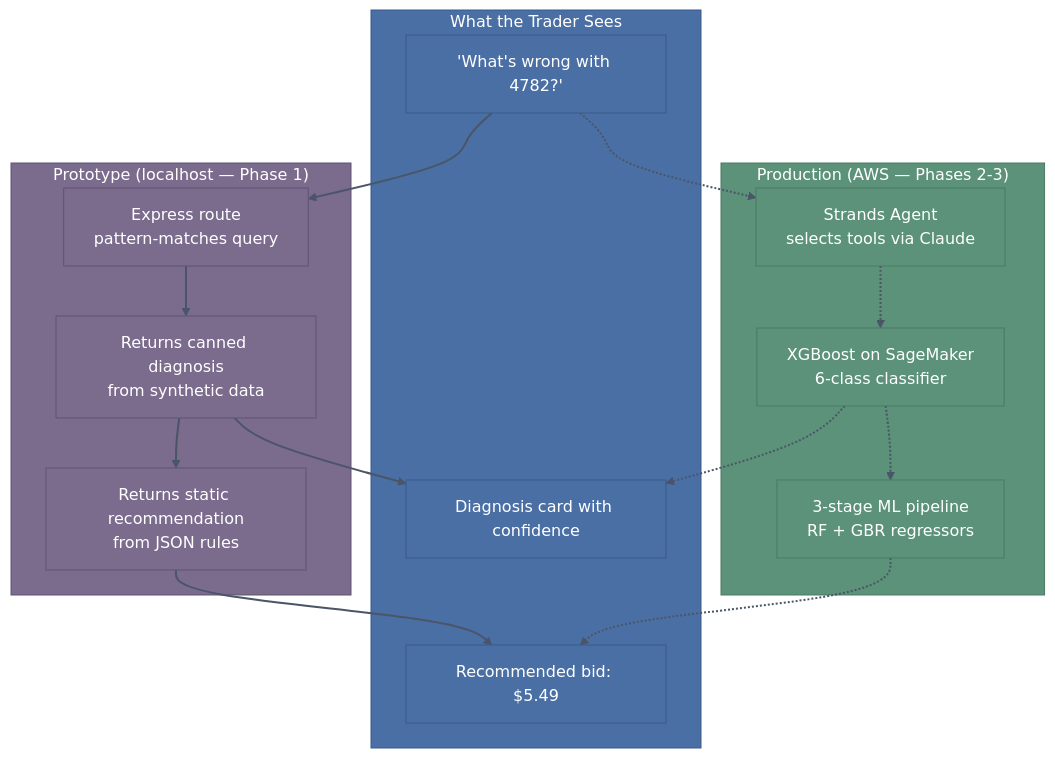
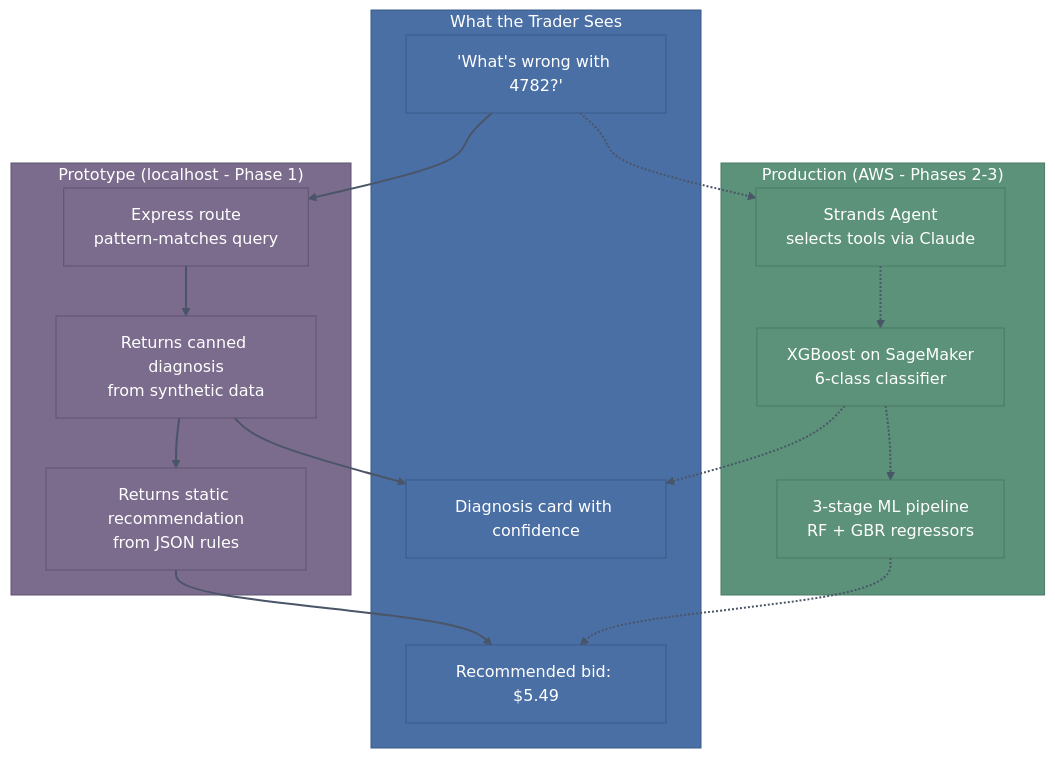
The fourth of 7 diagrams in README.md (aws-samples/sample-agentic-campaign-mgmt), drawn with Mermaid before and after one commit. The commit also changed other lines of this file, not shown here.

````diff
--- a/README.md
+++ b/README.md
@@ -286,43 +330,43 @@
 ```mermaid
 flowchart TD
     subgraph USER["What the Trader Sees"]
         Q1["'What's wrong with 4782?'"]
         Q2["Diagnosis card with confidence"]
         Q3["Recommended bid: $5.49"]
     end
 
-    subgraph PROTO["Prototype (localhost — Phase 1)"]
+    subgraph PROTO["Prototype (localhost - Phase 1)"]
         E1["Express route\npattern-matches query"]
         E2["Returns canned diagnosis\nfrom synthetic data"]
         E3["Returns static recommendation\nfrom JSON rules"]
     end
 
-    subgraph REAL["Production (AWS — Phases 2-3)"]
+    subgraph REAL["Production (AWS - Phases 2-3)"]
         R1["Strands Agent\nselects tools via Claude"]
         R2["XGBoost on SageMaker\n6-class classifier"]
         R3["3-stage ML pipeline\nRF + GBR regressors"]
     end
 
     Q1 --> E1
     E1 --> E2 --> Q2
     E2 --> E3 --> Q3
 
     Q1 -.-> R1
     R1 -.-> R2 -.-> Q2
     R2 -.-> R3 -.-> Q3
 
     style USER fill:#4A6FA5,stroke:#3A5A8A,color:#fff
     style PROTO fill:#7B6B8D,stroke:#5F5570,color:#fff
     style REAL fill:#5B9279,stroke:#4A7A64,color:#fff
     style Q1 fill:#4A6FA5,stroke:#3A5A8A,color:#fff
     style Q2 fill:#4A6FA5,stroke:#3A5A8A,color:#fff
     style Q3 fill:#4A6FA5,stroke:#3A5A8A,color:#fff
     style E1 fill:#7B6B8D,stroke:#5F5570,color:#fff
     style E2 fill:#7B6B8D,stroke:#5F5570,color:#fff
     style E3 fill:#7B6B8D,stroke:#5F5570,color:#fff
     style R1 fill:#5B9279,stroke:#4A7A64,color:#fff
     style R2 fill:#5B9279,stroke:#4A7A64,color:#fff
     style R3 fill:#5B9279,stroke:#4A7A64,color:#fff
 
     linkStyle default stroke:#4A5568,stroke-width:2px
 ```
````
